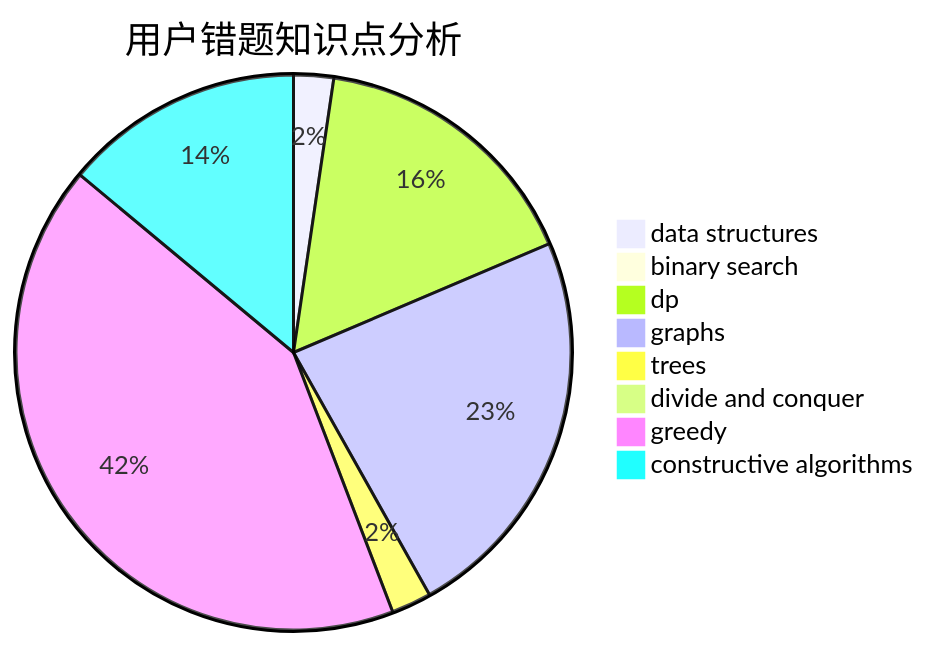
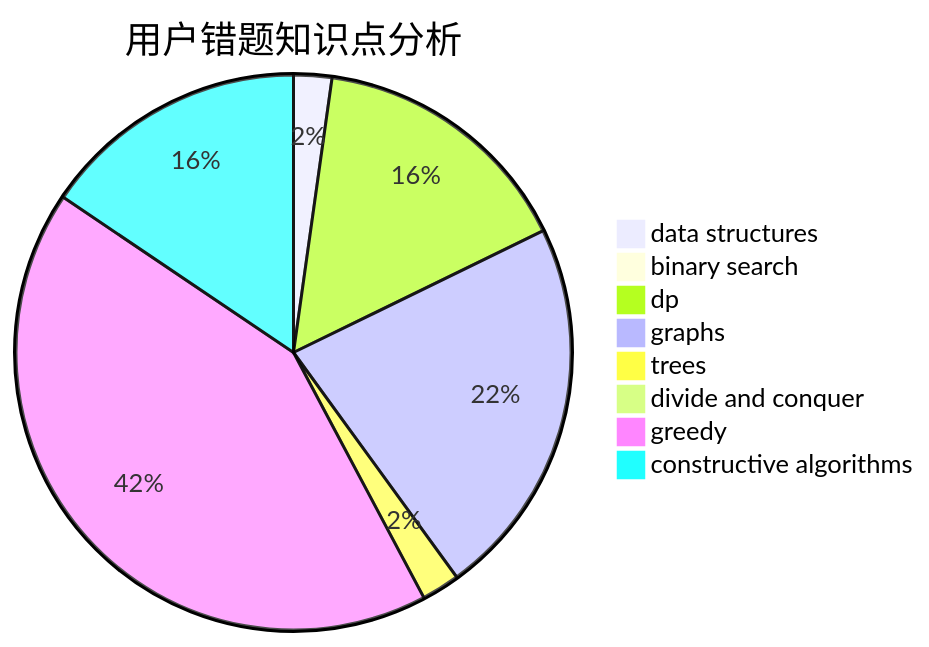
One commit to sherpahu/cfrs.github.io changed the third of 3 diagrams in docs/user/u376.md. Above: the diagram before and after it, drawn with Mermaid. The commit also changed other lines of this file and 2770 other files, not shown here.

````diff
--- a/docs/user/u376.md
+++ b/docs/user/u376.md
@@ -36,11 +36,11 @@
 ```mermaid
 pie title 用户错题知识点分析
     "data structures" :  1
     "binary search" :  0
     "dp" :  7
     "graphs" :  10
     "trees" :  1
     "divide and conquer" :  0
-    "greedy" :  18
-    "constructive algorithms" :  6
+    "greedy" :  19
+    "constructive algorithms" :  7
 ```
````
